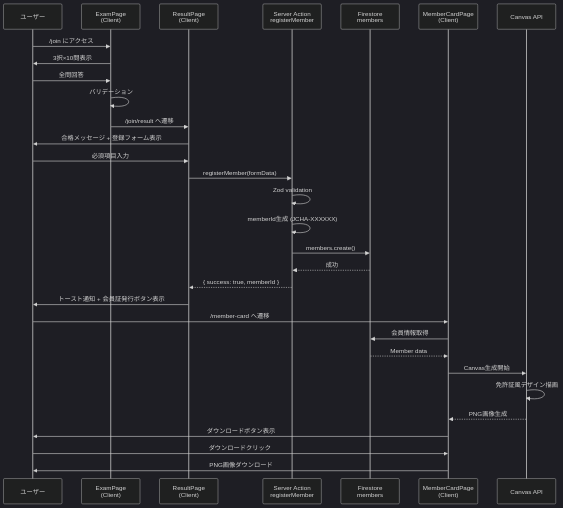
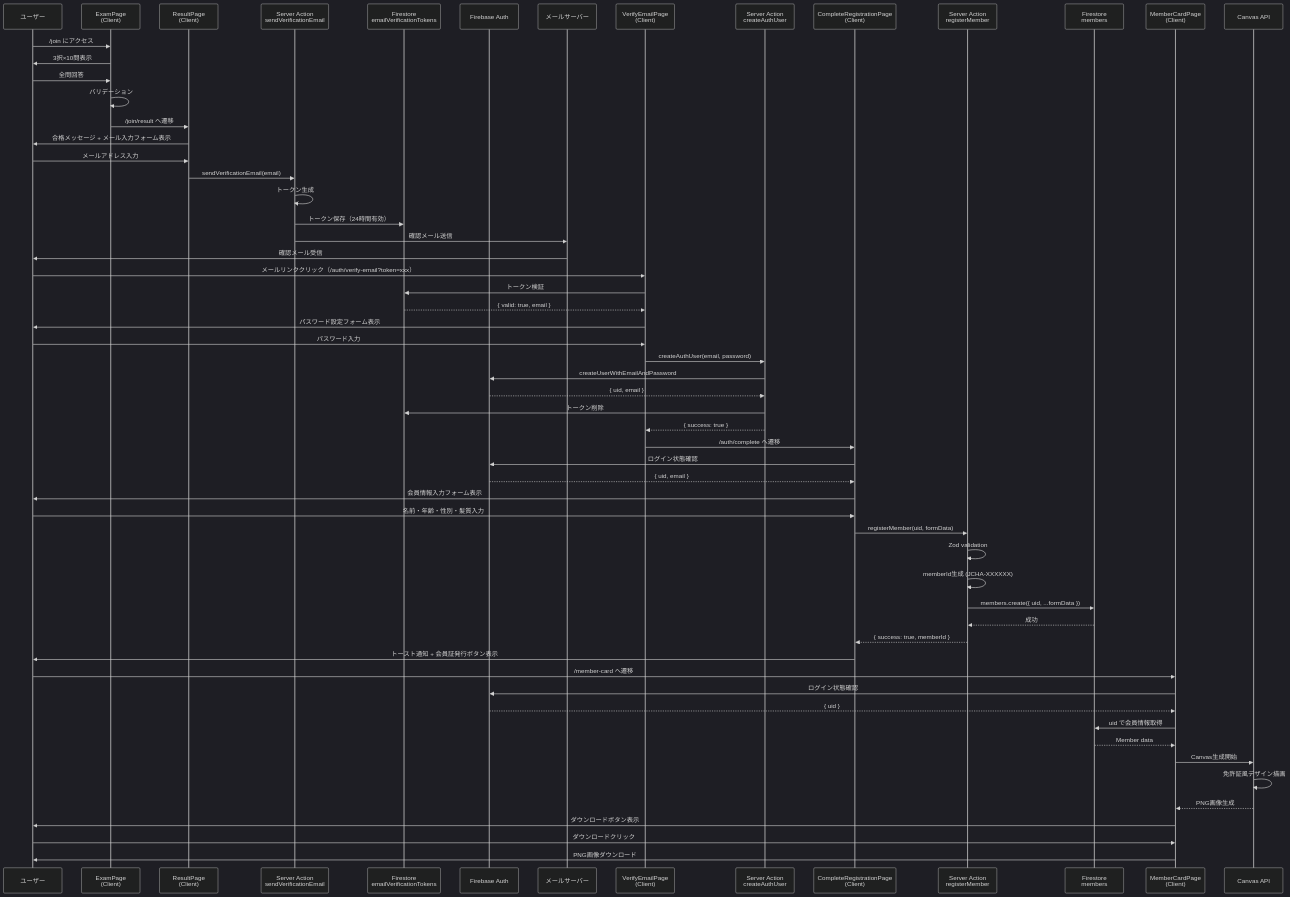
The second of 6 diagrams in .kiro/specs/jta-membership-system/design.md (MaekawaAo0604/JTA_site), drawn with Mermaid (dark theme) before and after one commit. The commit also changed other lines of this file and 18 other files, not shown here.

````diff
--- a/.kiro/specs/jta-membership-system/design.md
+++ b/.kiro/specs/jta-membership-system/design.md
@@ -129,34 +150,63 @@
 ```mermaid
 sequenceDiagram
     participant User as ユーザー
     participant Exam as ExamPage<br/>(Client)
     participant Result as ResultPage<br/>(Client)
-    participant SA as Server Action<br/>registerMember
-    participant FS as Firestore<br/>members
+    participant SA1 as Server Action<br/>sendVerificationEmail
+    participant FS as Firestore<br/>emailVerificationTokens
+    participant Auth as Firebase Auth
+    participant Email as メールサーバー
+    participant Verify as VerifyEmailPage<br/>(Client)
+    participant SA2 as Server Action<br/>createAuthUser
+    participant Complete as CompleteRegistrationPage<br/>(Client)
+    participant SA3 as Server Action<br/>registerMember
+    participant FSMembers as Firestore<br/>members
     participant Card as MemberCardPage<br/>(Client)
     participant Canvas as Canvas API
 
     User->>Exam: /join にアクセス
     Exam->>User: 3択×10問表示
     User->>Exam: 全問回答
     Exam->>Exam: バリデーション
     Exam->>Result: /join/result へ遷移
-    Result->>User: 合格メッセージ + 登録フォーム表示
-    User->>Result: 必須項目入力
-    Result->>SA: registerMember(formData)
-    SA->>SA: Zod validation
-    SA->>SA: memberId生成 (JCHA-XXXXXX)
-    SA->>FS: members.create()
-    FS-->>SA: 成功
-    SA-->>Result: { success: true, memberId }
-    Result->>User: トースト通知 + 会員証発行ボタン表示
+    Result->>User: 合格メッセージ + メール入力フォーム表示
+    User->>Result: メールアドレス入力
+    Result->>SA1: sendVerificationEmail(email)
+    SA1->>SA1: トークン生成
+    SA1->>FS: トークン保存（24時間有効）
+    SA1->>Email: 確認メール送信
+    Email->>User: 確認メール受信
+    User->>Verify: メールリンククリック（/auth/verify-email?token=xxx）
+    Verify->>FS: トークン検証
+    FS-->>Verify: { valid: true, email }
+    Verify->>User: パスワード設定フォーム表示
+    User->>Verify: パスワード入力
+    Verify->>SA2: createAuthUser(email, password)
+    SA2->>Auth: createUserWithEmailAndPassword
+    Auth-->>SA2: { uid, email }
+    SA2->>FS: トークン削除
+    SA2-->>Verify: { success: true }
+    Verify->>Complete: /auth/complete へ遷移
+    Complete->>Auth: ログイン状態確認
+    Auth-->>Complete: { uid, email }
+    Complete->>User: 会員情報入力フォーム表示
+    User->>Complete: 名前・年齢・性別・髪質入力
+    Complete->>SA3: registerMember(uid, formData)
+    SA3->>SA3: Zod validation
+    SA3->>SA3: memberId生成 (JCHA-XXXXXX)
+    SA3->>FSMembers: members.create({ uid, ...formData })
+    FSMembers-->>SA3: 成功
+    SA3-->>Complete: { success: true, memberId }
+    Complete->>User: トースト通知 + 会員証発行ボタン表示
     User->>Card: /member-card へ遷移
-    Card->>FS: 会員情報取得
-    FS-->>Card: Member data
+    Card->>Auth: ログイン状態確認
+    Auth-->>Card: { uid }
+    Card->>FSMembers: uid で会員情報取得
+    FSMembers-->>Card: Member data
     Card->>Canvas: Canvas生成開始
     Canvas->>Canvas: 免許証風デザイン描画
     Canvas-->>Card: PNG画像生成
     Card->>User: ダウンロードボタン表示
     User->>Card: ダウンロードクリック
     Card->>User: PNG画像ダウンロード
 ```
````
